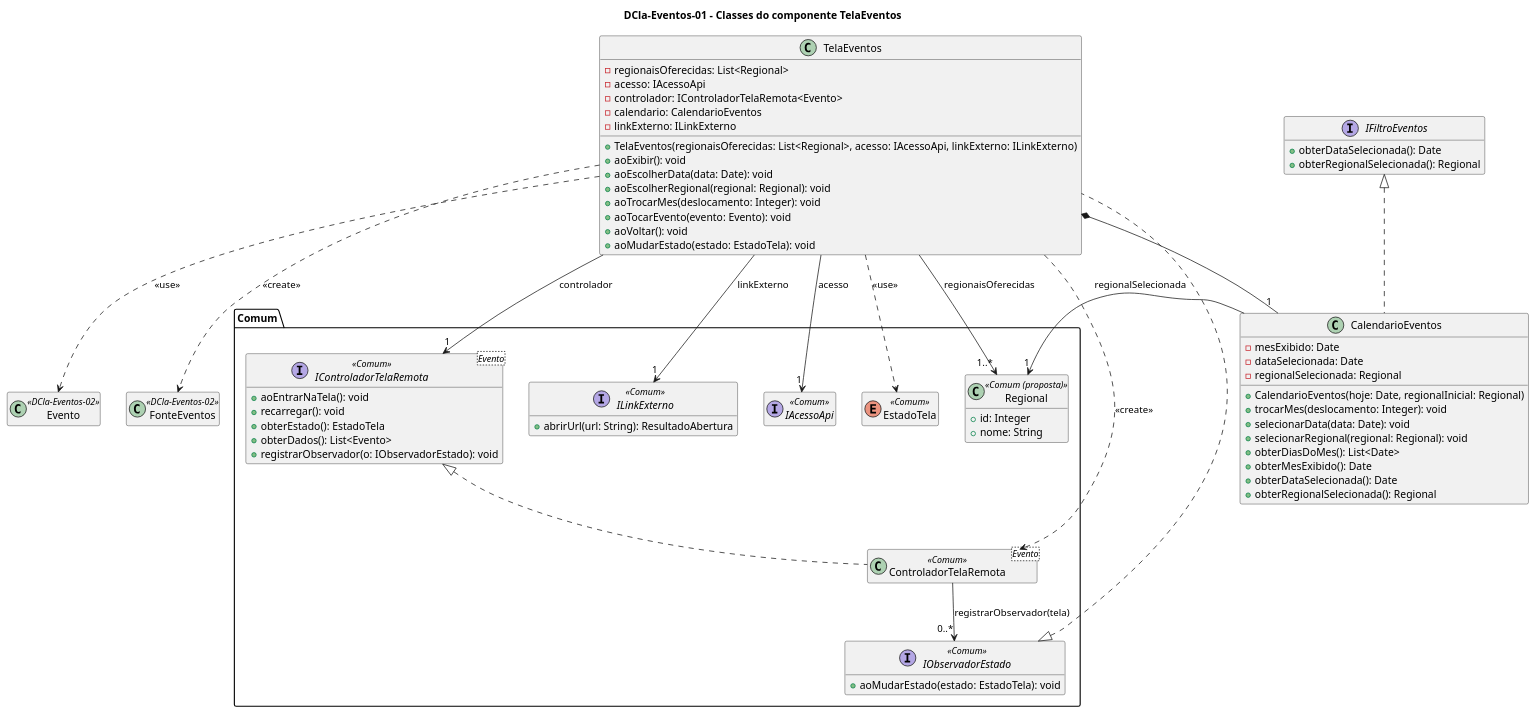
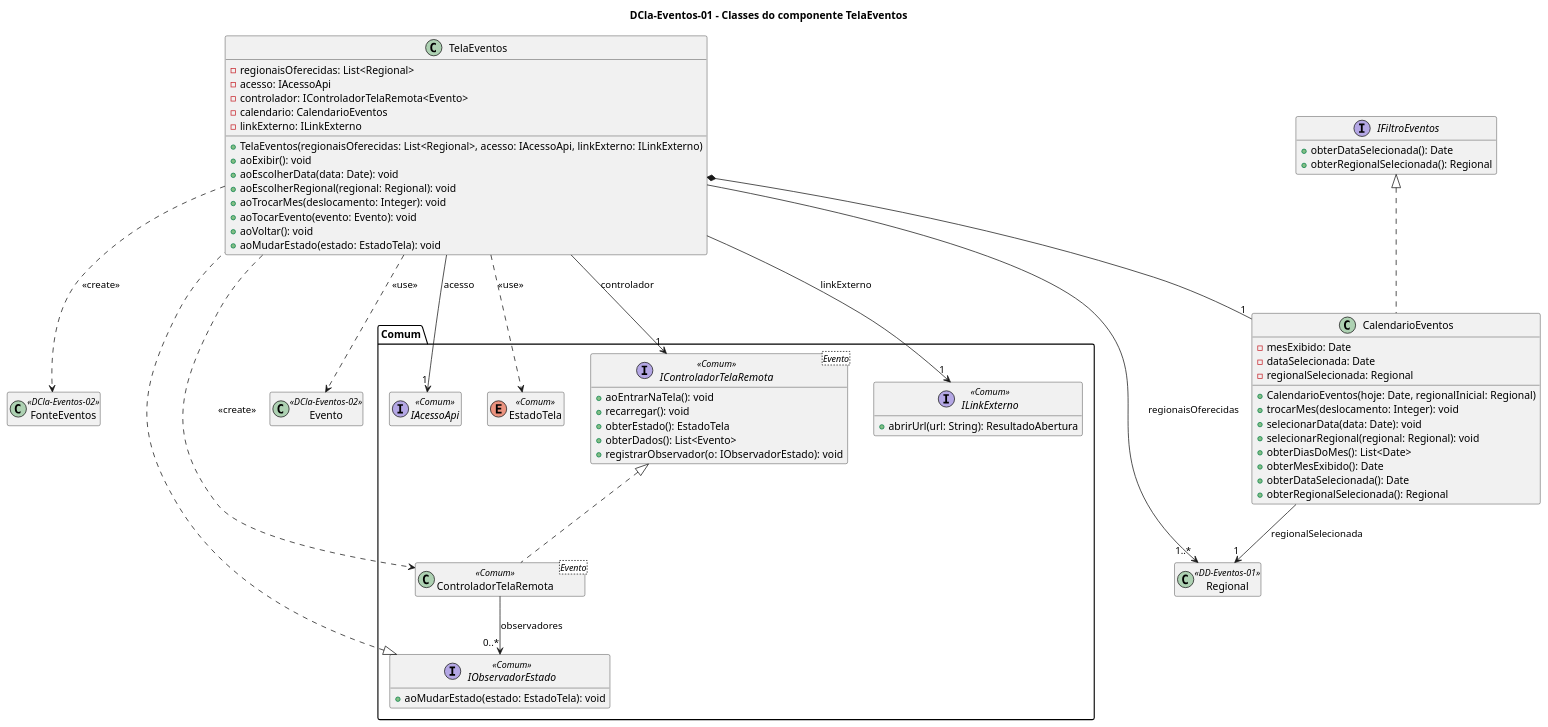
One commit to joseduardogon/Minha_UFG_Grupo_Cinza changed the diagram in Eventos/DCla-Eventos-01.puml. Above: the diagram before and after it, drawn with PlantUML. The commit also changed 43 other files, not shown here.

```diff
--- a/Eventos/DCla-Eventos-01.puml
+++ b/Eventos/DCla-Eventos-01.puml
@@ -1,80 +1,77 @@
 @startuml DCla-Eventos-01
 title DCla-Eventos-01 – Classes do componente TelaEventos
 hide empty members
 
 package "Comum" {
   interface "IControladorTelaRemota<Evento>" as IControlador <<Comum>> {
     + aoEntrarNaTela(): void
     + recarregar(): void
     + obterEstado(): EstadoTela
     + obterDados(): List<Evento>
     + registrarObservador(o: IObservadorEstado): void
   }
   class "ControladorTelaRemota<Evento>" as Controlador <<Comum>>
   interface IObservadorEstado <<Comum>> {
     + aoMudarEstado(estado: EstadoTela): void
   }
   interface ILinkExterno <<Comum>> {
     + abrirUrl(url: String): ResultadoAbertura
   }
   interface IAcessoApi <<Comum>>
   enum EstadoTela <<Comum>>
-  class Regional <<Comum (proposta)>> {
-    + id: Integer
-    + nome: String
-  }
 }
 
 class TelaEventos {
   - regionaisOferecidas: List<Regional>
   - acesso: IAcessoApi
   - controlador: IControladorTelaRemota<Evento>
   - calendario: CalendarioEventos
   - linkExterno: ILinkExterno
   + TelaEventos(regionaisOferecidas: List<Regional>, acesso: IAcessoApi, linkExterno: ILinkExterno)
   + aoExibir(): void
   + aoEscolherData(data: Date): void
   + aoEscolherRegional(regional: Regional): void
   + aoTrocarMes(deslocamento: Integer): void
   + aoTocarEvento(evento: Evento): void
   + aoVoltar(): void
   + aoMudarEstado(estado: EstadoTela): void
 }
 
 interface IFiltroEventos {
   + obterDataSelecionada(): Date
   + obterRegionalSelecionada(): Regional
 }
 
 class CalendarioEventos {
   - mesExibido: Date
   - dataSelecionada: Date
   - regionalSelecionada: Regional
   + CalendarioEventos(hoje: Date, regionalInicial: Regional)
   + trocarMes(deslocamento: Integer): void
   + selecionarData(data: Date): void
   + selecionarRegional(regional: Regional): void
   + obterDiasDoMes(): List<Date>
   + obterMesExibido(): Date
   + obterDataSelecionada(): Date
   + obterRegionalSelecionada(): Regional
 }
 
 class Evento <<DCla-Eventos-02>>
 class FonteEventos <<DCla-Eventos-02>>
+class Regional <<DD-Eventos-01>>
 
 IObservadorEstado <|.. TelaEventos
 IFiltroEventos <|.. CalendarioEventos
 IControlador <|.. Controlador
 TelaEventos *-- "1" CalendarioEventos
 TelaEventos --> "1" IControlador : controlador
 TelaEventos --> "1" ILinkExterno : linkExterno
 TelaEventos --> "1" IAcessoApi : acesso
 TelaEventos --> "1..*" Regional : regionaisOferecidas
 TelaEventos ..> Controlador : <<create>>
 TelaEventos ..> FonteEventos : <<create>>
-Controlador --> "0..*" IObservadorEstado : registrarObservador(tela)
+Controlador --> "0..*" IObservadorEstado : observadores
 TelaEventos ..> Evento : <<use>>
 TelaEventos ..> EstadoTela : <<use>>
 CalendarioEventos --> "1" Regional : regionalSelecionada
 @enduml
```
